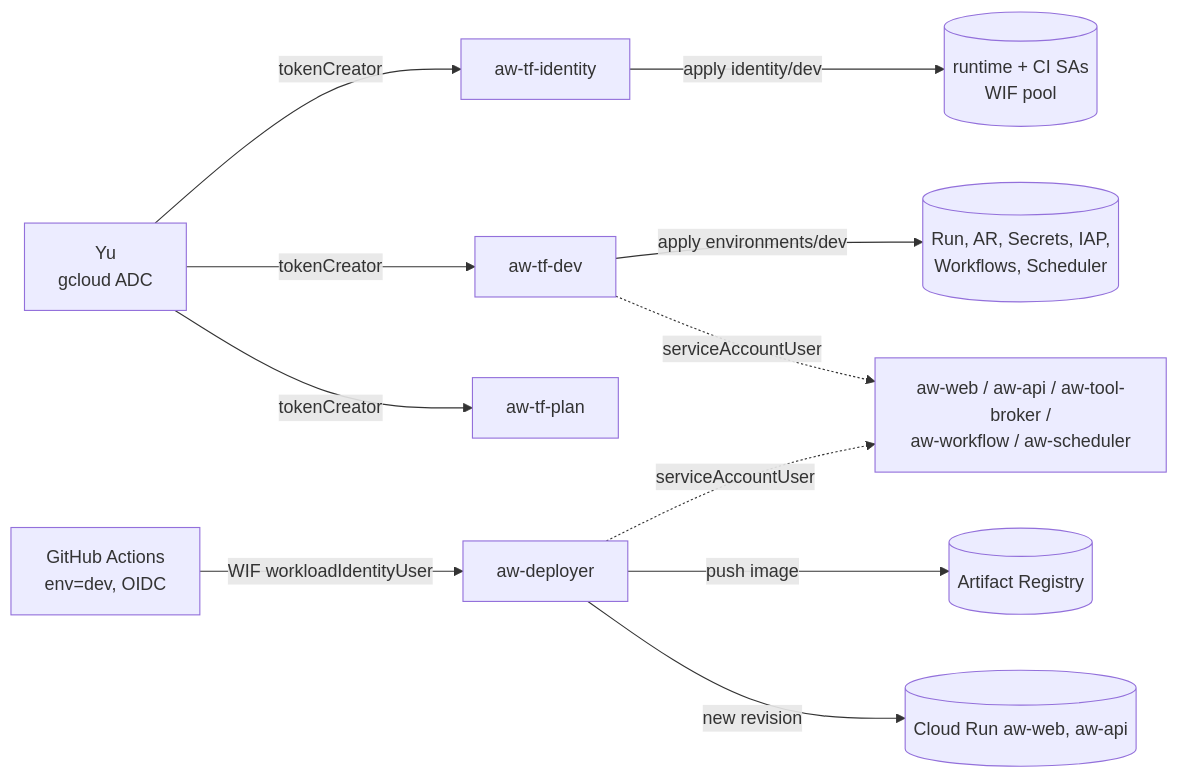
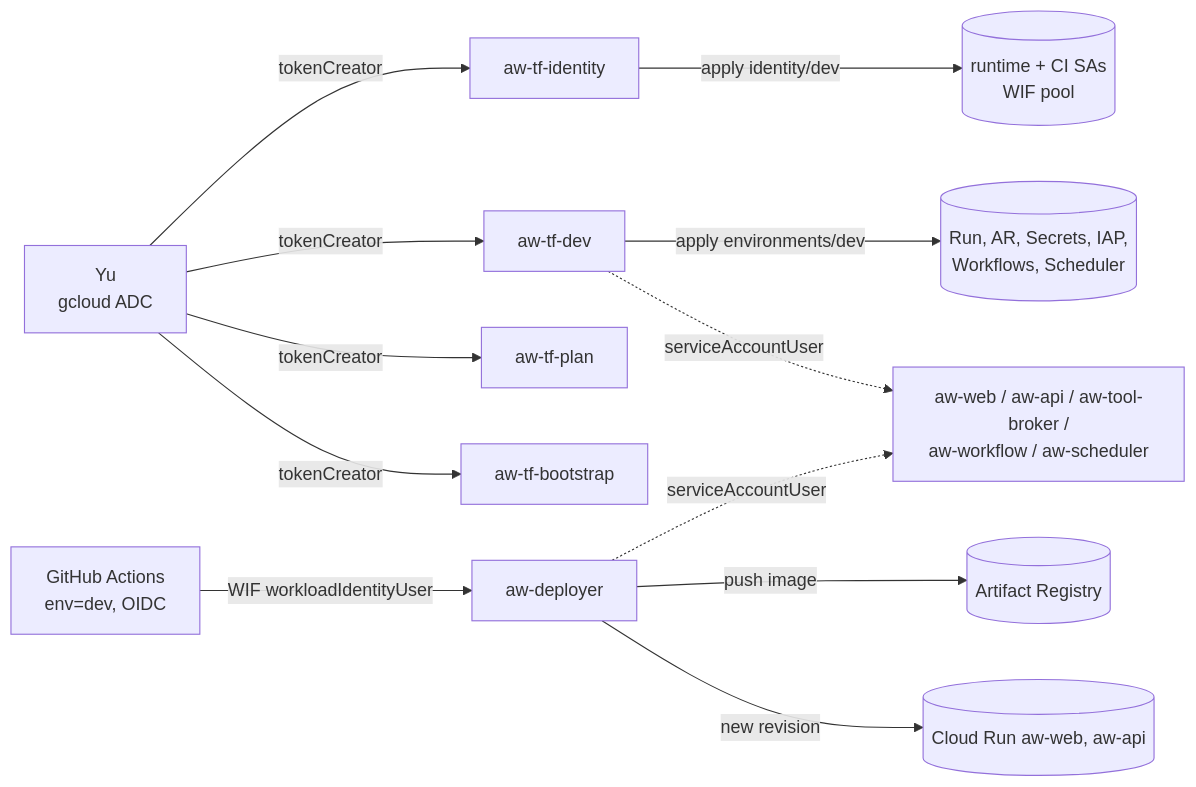
One commit to yu-iskw/agent-works changed the first of 2 diagrams in infra/terraform/DESIGN.md. Above: the diagram before and after it, drawn with Mermaid. The commit also changed other lines of this file and 6 other files, not shown here.

````diff
--- a/infra/terraform/DESIGN.md
+++ b/infra/terraform/DESIGN.md
@@ -187,13 +188,14 @@
 ```mermaid
 flowchart LR
   Yu[Yu<br/>gcloud ADC] -- tokenCreator --> TFI[aw-tf-identity]
   Yu -- tokenCreator --> TFD[aw-tf-dev]
   Yu -- tokenCreator --> TFP[aw-tf-plan]
+  Yu -- tokenCreator --> TFB[aw-tf-bootstrap]
   TFI -->|apply identity/dev| SAs[(runtime + CI SAs<br/>WIF pool)]
   TFD -->|apply environments/dev| RES[(Run, AR, Secrets, IAP,<br/>Workflows, Scheduler)]
   TFD -. serviceAccountUser .-> RT[aw-web / aw-api / aw-tool-broker /<br/>aw-workflow / aw-scheduler]
   GH[GitHub Actions<br/>env=dev, OIDC] -- WIF workloadIdentityUser --> DEP[aw-deployer]
   DEP -->|push image| AR[(Artifact Registry)]
   DEP -->|new revision| RUN[(Cloud Run aw-web, aw-api)]
   DEP -. serviceAccountUser .-> RT
 ```
````
